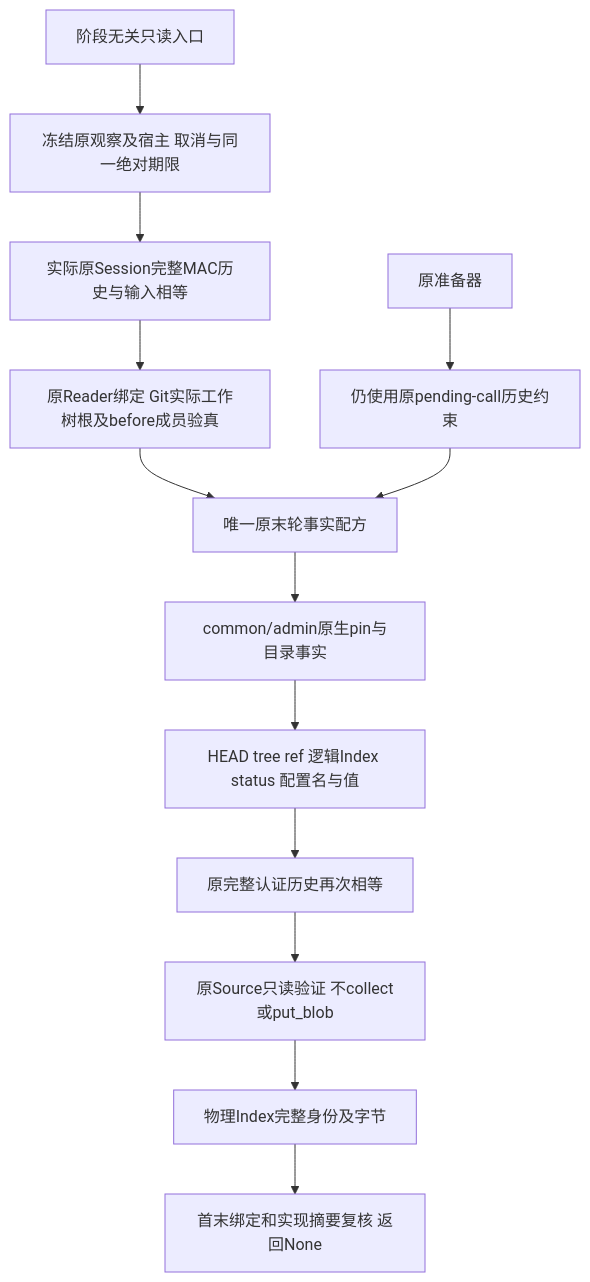
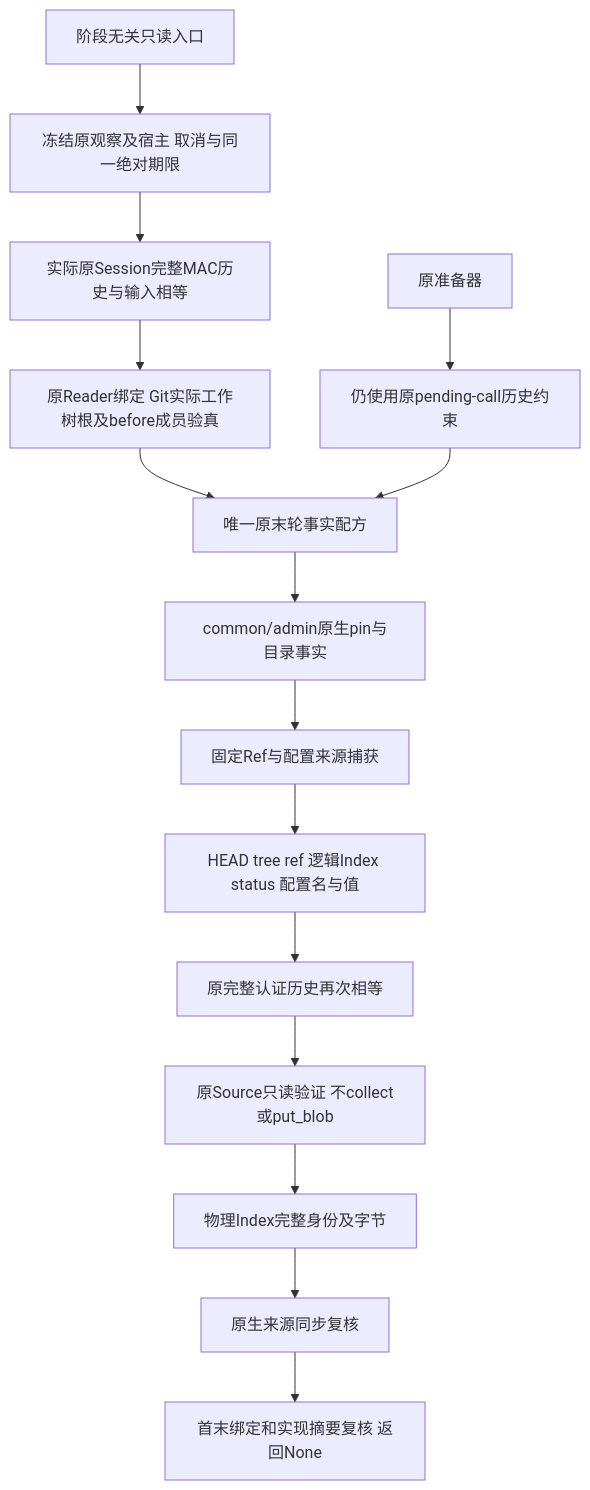
Before and after one commit to carrie1988/Harnessix: the fourth of 5 diagrams in docs/changes/m09-r4-git-user-observation.md, drawn with Mermaid. The commit also changed other lines of this file and 14 other files, not shown here.

````diff
--- a/docs/changes/m09-r4-git-user-observation.md
+++ b/docs/changes/m09-r4-git-user-observation.md
@@ -295,15 +295,17 @@
 ```mermaid
 flowchart TD
   A[阶段无关只读入口] --> B[冻结原观察及宿主 取消与同一绝对期限]
   B --> H[实际原Session完整MAC历史与输入相等]
   H --> M[原Reader绑定 Git实际工作树根及before成员验真]
   M --> C[唯一原末轮事实配方]
   P[原准备器] --> X[仍使用原pending-call历史约束]
   X --> C
   C --> D[common/admin原生pin与目录事实]
-  D --> G[HEAD tree ref 逻辑Index status 配置名与值]
+  D --> N[固定Ref与配置来源捕获]
+  N --> G[HEAD tree ref 逻辑Index status 配置名与值]
   G --> S[原完整认证历史再次相等]
   S --> V[原Source只读验证 不collect或put_blob]
   V --> I[物理Index完整身份及字节]
-  I --> E[首末绑定和实现摘要复核 返回None]
+  I --> F[原生来源同步复核]
+  F --> E[首末绑定和实现摘要复核 返回None]
 ```
````
